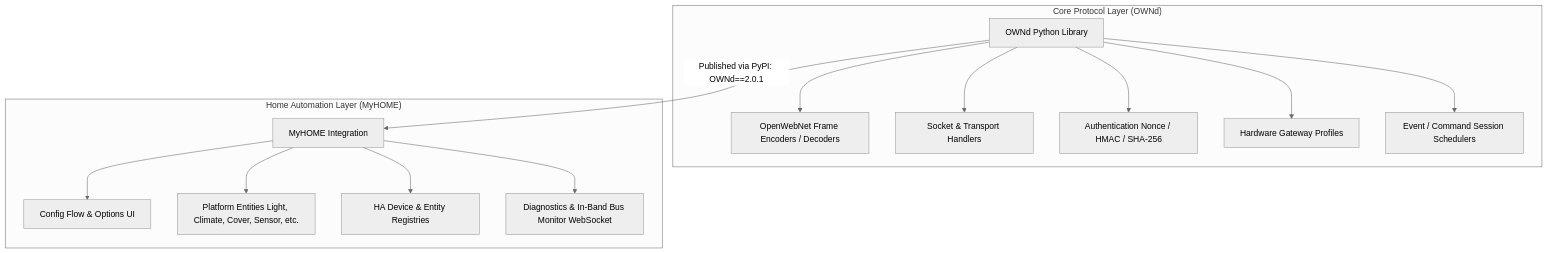
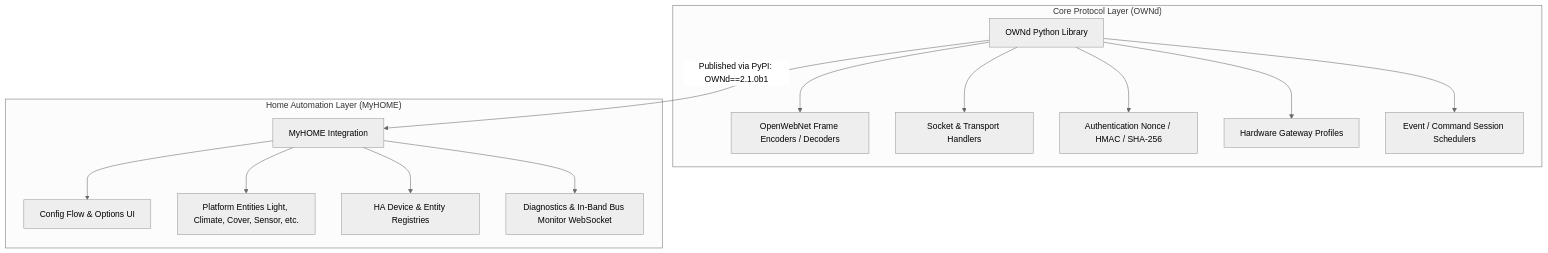
Before and after one commit to OpenWebNet-HA/MyHOME: the first of 2 diagrams in docs/architecture/anti-drift-safeguards.md, drawn with Mermaid (neutral theme). The commit also changed other lines of this file and 44 other files, not shown here.

````diff
--- a/docs/architecture/anti-drift-safeguards.md
+++ b/docs/architecture/anti-drift-safeguards.md
@@ -11,19 +11,19 @@
 ```mermaid
 graph TD
     subgraph "Core Protocol Layer (OWNd)"
         A[OWNd Python Library] --> A1[OpenWebNet Frame Encoders / Decoders]
         A --> A2[Socket & Transport Handlers]
         A --> A3[Authentication Nonce / HMAC / SHA-256]
         A --> A4[Hardware Gateway Profiles]
         A --> A5[Event / Command Session Schedulers]
     end
 
     subgraph "Home Automation Layer (MyHOME)"
         B[MyHOME Integration] --> B1[Config Flow & Options UI]
         B --> B2[Platform Entities Light, Climate, Cover, Sensor, etc.]
         B --> B3[HA Device & Entity Registries]
         B --> B4[Diagnostics & In-Band Bus Monitor WebSocket]
     end
 
-    A -->|Published via PyPI: OWNd==2.0.1| B
+    A -->|Published via PyPI: OWNd==2.1.0b1| B
 ```
````
